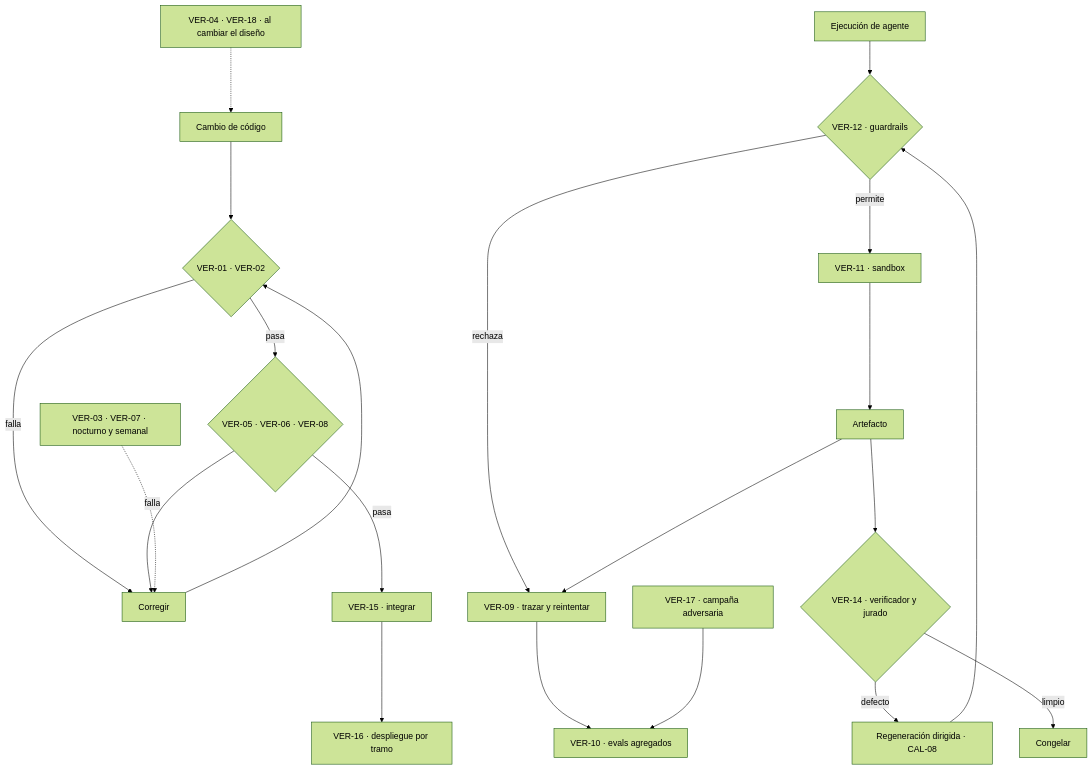
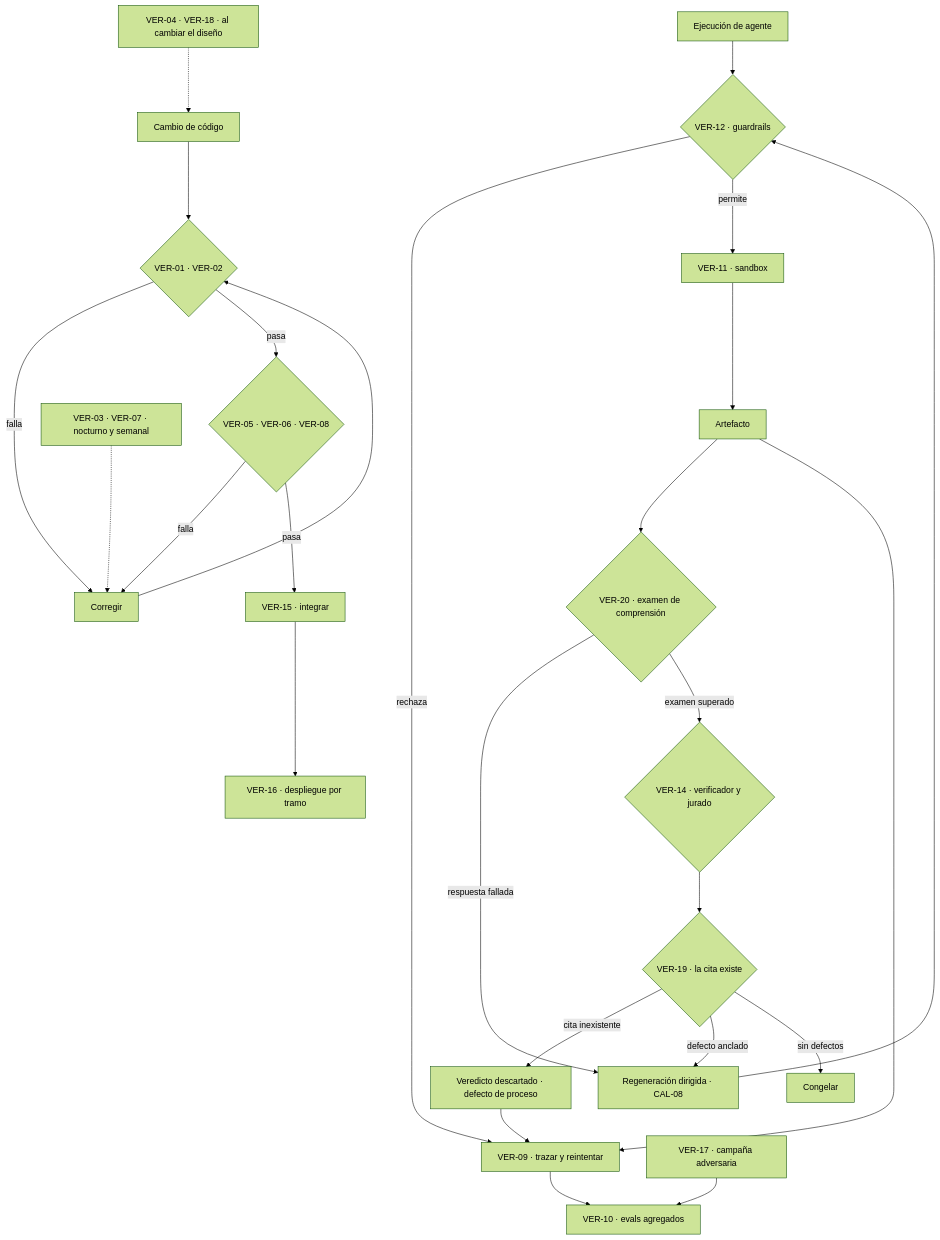
Before and after one commit to emilioqaracter/Story-Maker: the diagram in docs/verification.md, drawn with Mermaid (forest theme). The commit also changed other lines of this file and 9 other files, not shown here.

````diff
--- a/docs/verification.md
+++ b/docs/verification.md
@@ -339,24 +383,29 @@
 ```mermaid
 graph TD
   COD["Cambio de código"] --> A1{"VER-01 · VER-02"}
   A1 -->|falla| FIX["Corregir"]
   FIX --> A1
   A1 -->|pasa| T1{"VER-05 · VER-06 · VER-08"}
   T1 -->|falla| FIX
   T1 -->|pasa| CI["VER-15 · integrar"]
   CI --> RO["VER-16 · despliegue por tramo"]
   NOC["VER-03 · VER-07 · nocturno y semanal"] -.-> FIX
   MOD["VER-04 · VER-18 · al cambiar el diseño"] -.-> COD
 
   EJE["Ejecución de agente"] --> G1{"VER-12 · guardrails"}
   G1 -->|rechaza| TRZ["VER-09 · trazar y reintentar"]
   G1 -->|permite| SBX["VER-11 · sandbox"]
   SBX --> OUT["Artefacto"]
-  OUT --> V14{"VER-14 · verificador y jurado"}
-  V14 -->|defecto| REP["Regeneración dirigida · CAL-08"]
+  OUT --> V20{"VER-20 · examen de comprensión"}
+  V20 -->|respuesta fallada| REP["Regeneración dirigida · CAL-08"]
+  V20 -->|examen superado| V14{"VER-14 · verificador y jurado"}
+  V14 --> V19{"VER-19 · la cita existe"}
+  V19 -->|cita inexistente| DESC["Veredicto descartado · defecto de proceso"]
+  DESC --> TRZ
+  V19 -->|defecto anclado| REP
   REP --> G1
-  V14 -->|limpio| FZ["Congelar"]
+  V19 -->|sin defectos| FZ["Congelar"]
   OUT --> TRZ
   TRZ --> EV["VER-10 · evals agregados"]
   RT["VER-17 · campaña adversaria"] --> EV
 ```
````
